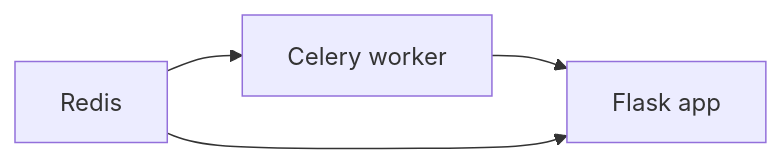
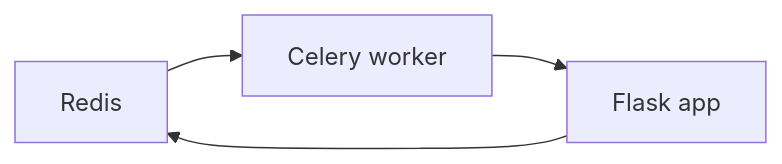
The diagram in docs/for_developers.md (yaptide/yaptide), drawn with Mermaid before and after one commit.

````diff
--- a/docs/for_developers.md
+++ b/docs/for_developers.md
@@ -35,5 +35,5 @@
 ```mermaid
 flowchart LR
     id0[Redis]-->id1[Celery worker]-->id2[Flask app]
-    id0-->id2
+    id2-->id0
 ```
````
